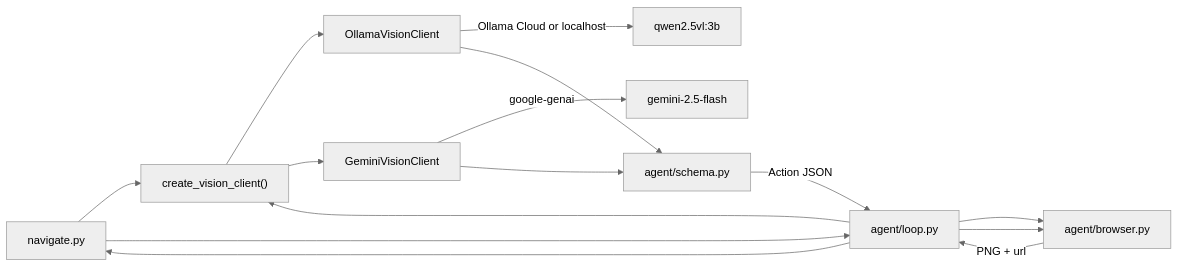
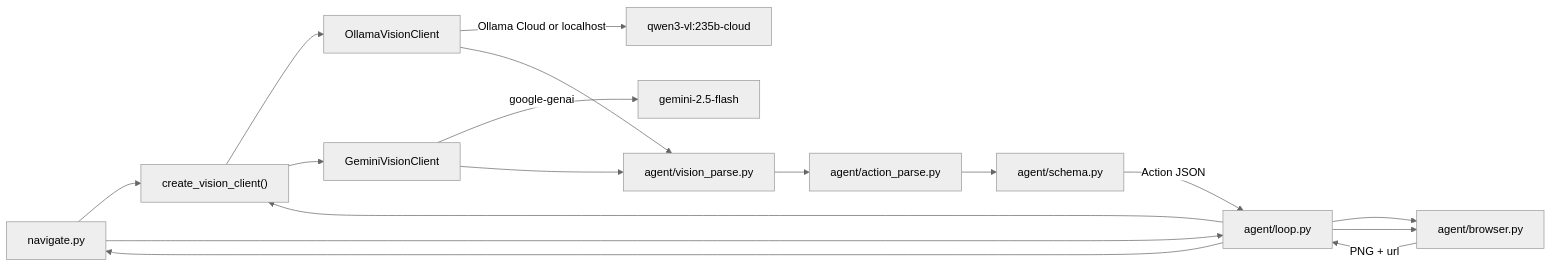
One commit to vuthayak/vision-release-navigator changed the first of 2 diagrams in docs/ARCHITECTURE.md. Above: the diagram before and after it, drawn with Mermaid (neutral theme). The commit also changed other lines of this file and 32 other files, not shown here.

````diff
--- a/docs/ARCHITECTURE.md
+++ b/docs/ARCHITECTURE.md
@@ -7,17 +7,19 @@
 ```mermaid
 flowchart LR
     CLI["navigate.py"] --> Factory["create_vision_client()"]
     Factory --> Ollama["OllamaVisionClient"]
     Factory --> Gemini["GeminiVisionClient"]
     CLI --> Loop["agent/loop.py"]
     Loop --> Browser["agent/browser.py"]
     Browser -->|"PNG + url"| Loop
     Loop --> Factory
-    Ollama -->|"Ollama Cloud or localhost"| Qwen["qwen2.5vl:3b"]
+    Ollama -->|"Ollama Cloud or localhost"| Qwen["qwen3-vl:235b-cloud"]
     Gemini -->|"google-genai"| GFlash["gemini-2.5-flash"]
-    Ollama --> Schema["agent/schema.py"]
-    Gemini --> Schema
+    Ollama --> VParse["agent/vision_parse.py"]
+    Gemini --> VParse
+    VParse --> AParse["agent/action_parse.py"]
+    AParse --> Schema["agent/schema.py"]
     Schema -->|"Action JSON"| Loop
     Loop --> Browser
     Loop --> CLI
 ```
````
